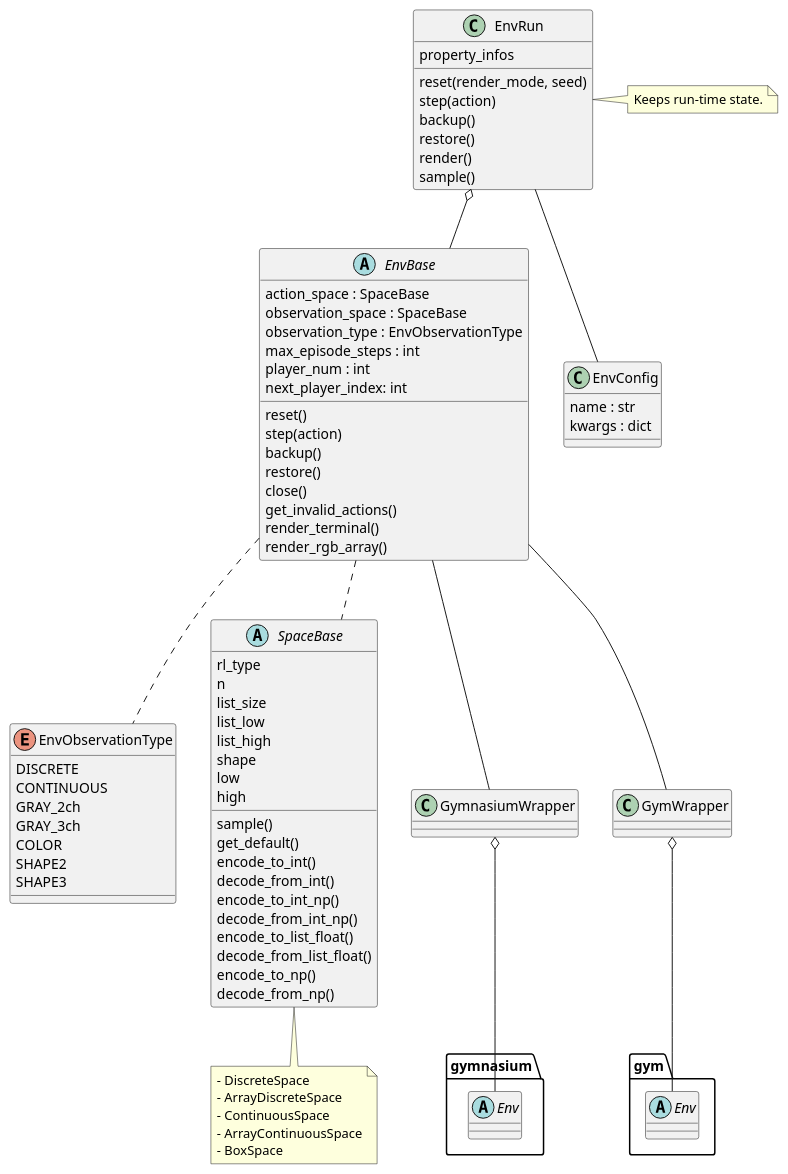
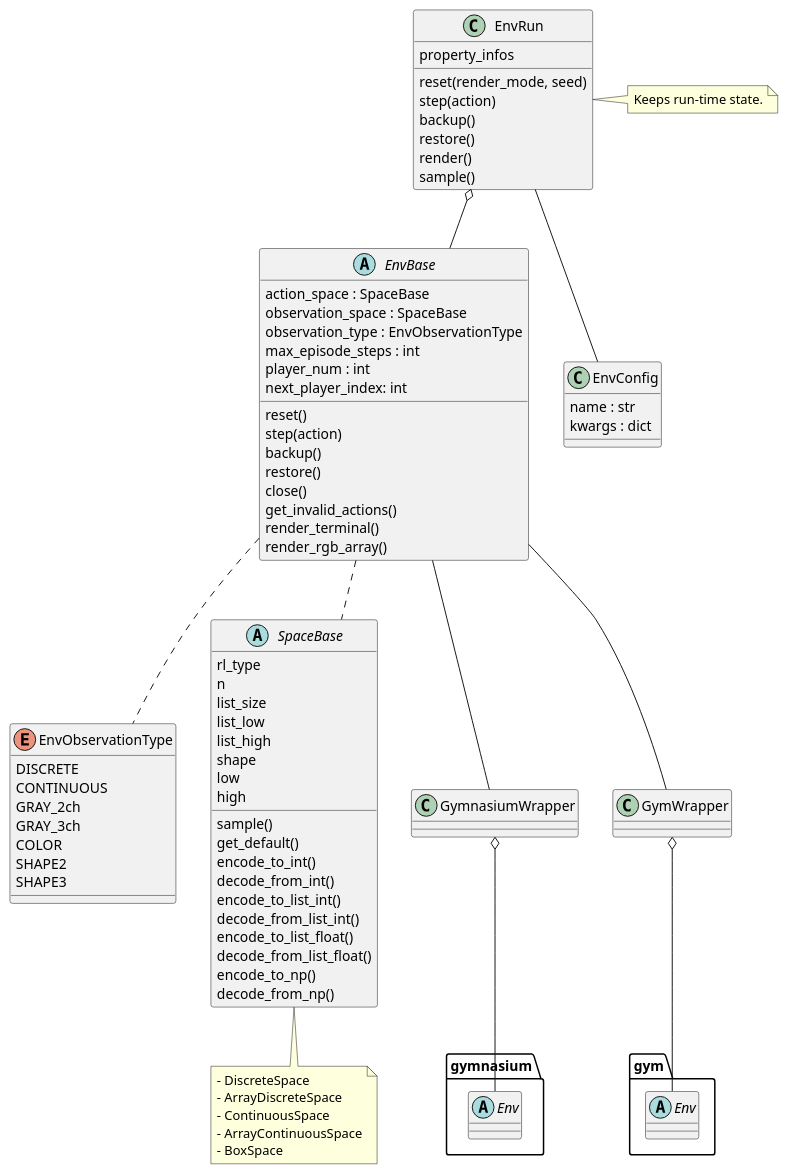
Before and after one commit to pocokhc/simple_distributed_rl: the diagram in diagrams/class_env.pu, drawn with PlantUML. The commit also changed 4 other files, not shown here.

```diff
--- a/diagrams/class_env.pu
+++ b/diagrams/class_env.pu
@@ -1,100 +1,100 @@
 @startuml class_env
 
 enum EnvObservationType {
     DISCRETE
     CONTINUOUS
     GRAY_2ch
     GRAY_3ch
     COLOR
     SHAPE2
     SHAPE3
 }
 
 
 abstract SpaceBase {
     sample()
     get_default()
     rl_type
     n
     encode_to_int()
     decode_from_int()
-    encode_to_int_np()
-    decode_from_int_np()
+    encode_to_list_int()
+    decode_from_list_int()
     list_size
     list_low
     list_high
     encode_to_list_float()
     decode_from_list_float()
     shape
     low
     high
     encode_to_np()
     decode_from_np()
 }
 
 
 note as SpaceMemo
 - DiscreteSpace
 - ArrayDiscreteSpace
 - ContinuousSpace
 - ArrayContinuousSpace
 - BoxSpace
 end note
 
 SpaceBase <|-- SpaceMemo
 
 
 abstract EnvBase {
     action_space : SpaceBase
     observation_space : SpaceBase
     observation_type : EnvObservationType
     max_episode_steps : int
     player_num : int
     reset()
     step(action)
     next_player_index: int
     backup()
     restore()
     close()
     get_invalid_actions()
     render_terminal()
     render_rgb_array()
 } 
 
 EnvBase .. EnvObservationType
 EnvBase .. SpaceBase
 
 abstract gymnasium.Env {}
 abstract gym.Env {}
 class GymnasiumWrapper {}
 class GymWrapper {}
 
 GymnasiumWrapper o-- gymnasium.Env
 GymWrapper o-- gym.Env
 EnvBase -- GymnasiumWrapper
 EnvBase -- GymWrapper
 
 
 class EnvRun {
     reset(render_mode, seed)
     step(action)
     backup()
     restore()
     render()
     sample()
     property_infos
 }
 EnvRun o-- EnvBase
 
 note "Keeps run-time state." as EnvRunMemo
 EnvRun . EnvRunMemo
 
 
 class EnvConfig {
     name : str
     kwargs : dict
 }
 EnvRun -- EnvConfig
 
 
 @enduml
```
